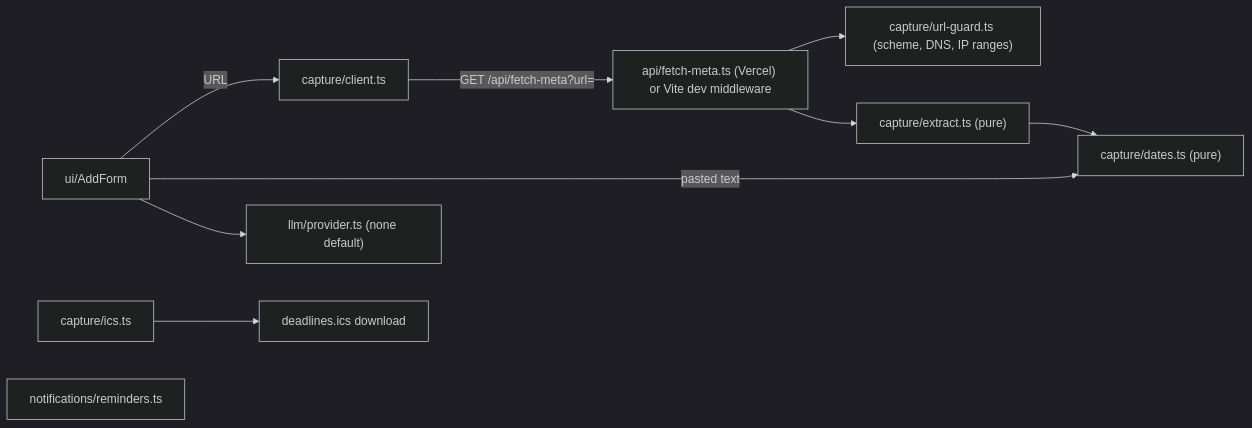
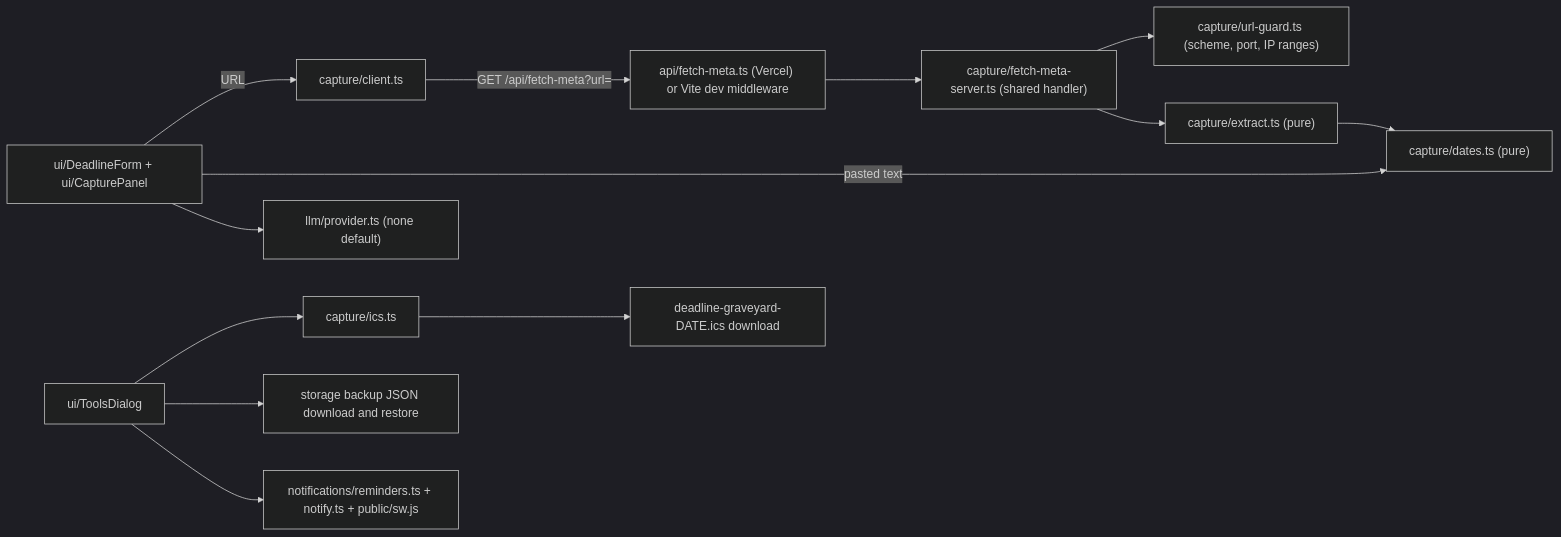
One commit to himanshu748/deadline-graveyard changed the diagram in .kiro/specs/capture-and-export/design.md. Above: the diagram before and after it, drawn with Mermaid (dark theme). The commit also changed other lines of this file and 37 other files, not shown here.

First line of the commit message:
feat(capture): add-from-URL, .ics export, notifications, LLM adapter

````diff
--- a/.kiro/specs/capture-and-export/design.md
+++ b/.kiro/specs/capture-and-export/design.md
@@ -9,12 +9,14 @@
 ```mermaid
 flowchart LR
-  Form["ui/AddForm"] -->|URL| Client["capture/client.ts"]
+  Form["ui/DeadlineForm + ui/CapturePanel"] -->|URL| Client["capture/client.ts"]
   Client -->|GET /api/fetch-meta?url=| Fn["api/fetch-meta.ts (Vercel) or Vite dev middleware"]
-  Fn --> Guard["capture/url-guard.ts (scheme, DNS, IP ranges)"]
-  Fn --> Extract["capture/extract.ts (pure)"]
+  Fn --> Server["capture/fetch-meta-server.ts (shared handler)"]
+  Server --> Guard["capture/url-guard.ts (scheme, port, IP ranges)"]
+  Server --> Extract["capture/extract.ts (pure)"]
   Form -->|pasted text| Dates["capture/dates.ts (pure)"]
   Extract --> Dates
   Form --> Llm["llm/provider.ts (none default)"]
-  Export["capture/ics.ts"] --> File["deadlines.ics download"]
-  Notify["notifications/reminders.ts"]
+  Tools["ui/ToolsDialog"] --> Export["capture/ics.ts"] --> File["deadline-graveyard-DATE.ics download"]
+  Tools --> Backup["storage backup JSON download and restore"]
+  Tools --> Notify["notifications/reminders.ts + notify.ts + public/sw.js"]
 ```
````
